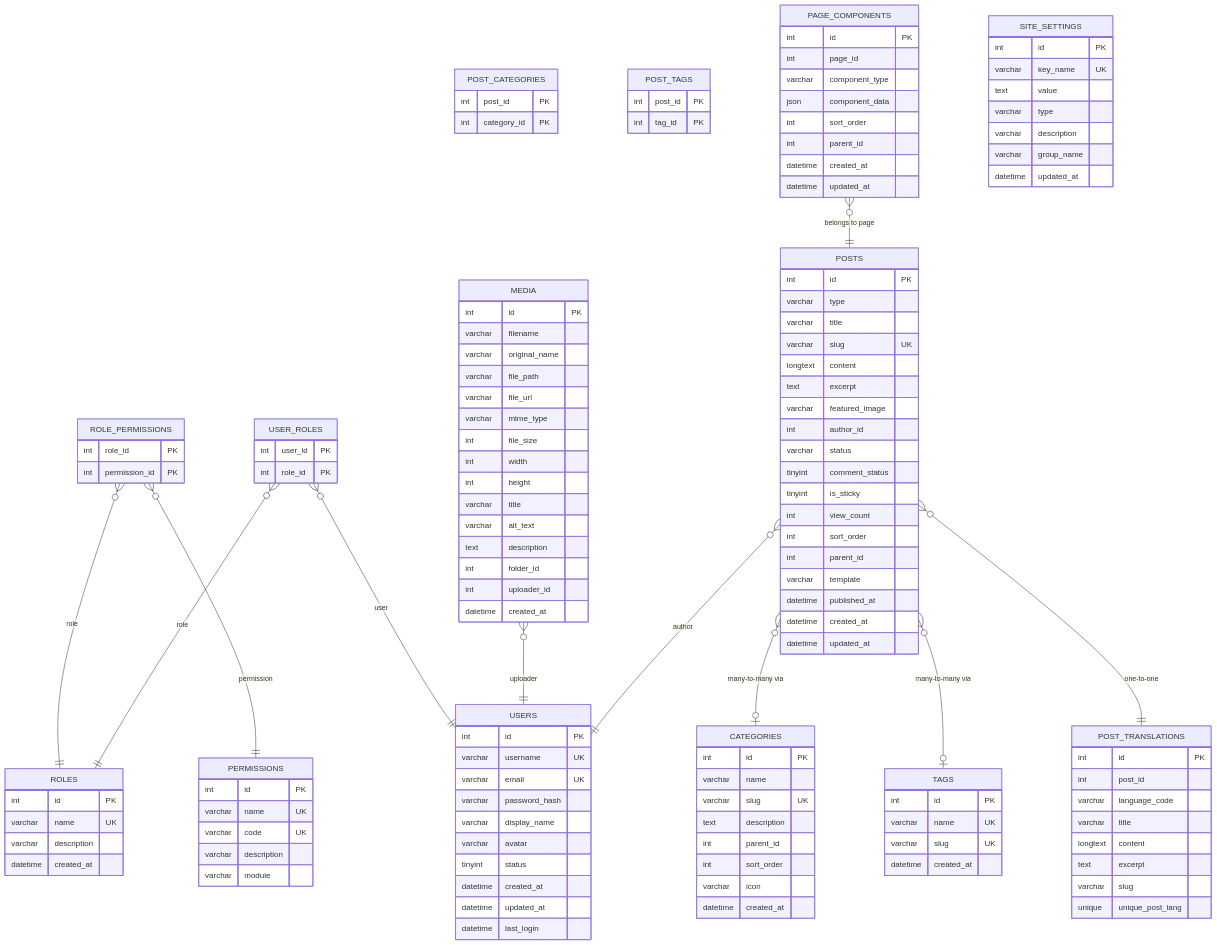
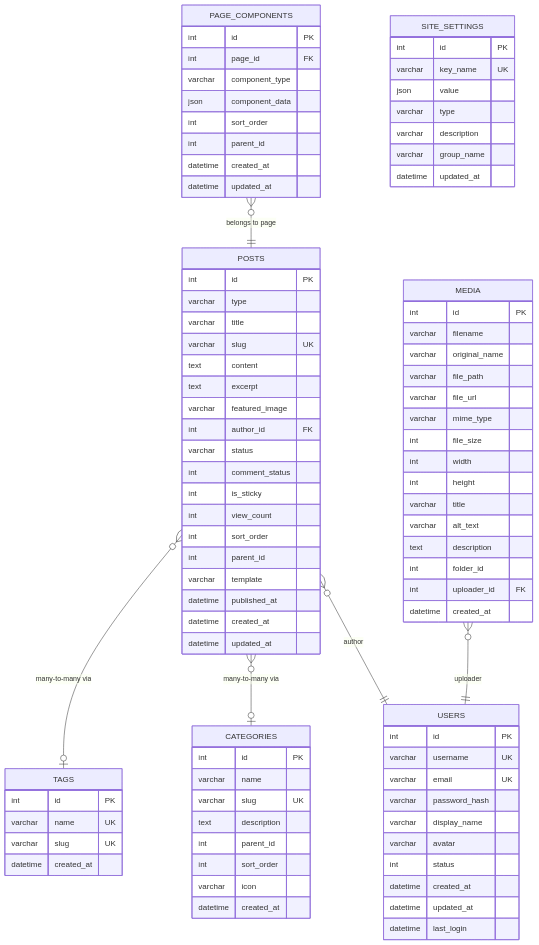
Before and after one commit to wyg5208/website_diy: the second of 6 diagrams in .qoder/repowiki/zh/content/数据库设计.md, drawn with Mermaid. The commit also changed other lines of this file and 43 other files, not shown here.

````diff
--- a/.qoder/repowiki/zh/content/数据库设计.md
+++ b/.qoder/repowiki/zh/content/数据库设计.md
@@ -74,44 +94,23 @@
 varchar password_hash
 varchar display_name
 varchar avatar
-tinyint status
+int status
 datetime created_at
 datetime updated_at
 datetime last_login
-}
-ROLES {
-int id PK
-varchar name UK
-varchar description
-datetime created_at
-}
-PERMISSIONS {
-int id PK
-varchar name UK
-varchar code UK
-varchar description
-varchar module
-}
-USER_ROLES {
-int user_id PK
-int role_id PK
-}
-ROLE_PERMISSIONS {
-int role_id PK
-int permission_id PK
 }
 POSTS {
 int id PK
 varchar type
 varchar title
 varchar slug UK
-longtext content
+text content
 text excerpt
 varchar featured_image
-int author_id
+int author_id FK
 varchar status
-tinyint comment_status
-tinyint is_sticky
+int comment_status
+int is_sticky
 int view_count
 int sort_order
 int parent_id
@@ -136,24 +135,6 @@
 varchar slug UK
 datetime created_at
 }
-POST_CATEGORIES {
-int post_id PK
-int category_id PK
-}
-POST_TAGS {
-int post_id PK
-int tag_id PK
-}
-POST_TRANSLATIONS {
-int id PK
-int post_id
-varchar language_code
-varchar title
-longtext content
-text excerpt
-varchar slug
-unique unique_post_lang
-}
 MEDIA {
 int id PK
 varchar filename
@@ -168,12 +149,12 @@
 varchar alt_text
 text description
 int folder_id
-int uploader_id
+int uploader_id FK
 datetime created_at
 }
 PAGE_COMPONENTS {
 int id PK
-int page_id
+int page_id FK
 varchar component_type
 json component_data
 int sort_order
@@ -184,7 +165,7 @@
 SITE_SETTINGS {
 int id PK
 varchar key_name UK
-text value
+json value
 varchar type
 varchar description
 varchar group_name
@@ -193,11 +174,6 @@
 POSTS }o--|| USERS : "author"
 POSTS }o--o| CATEGORIES : "many-to-many via"
 POSTS }o--o| TAGS : "many-to-many via"
-POSTS }o--|| POST_TRANSLATIONS : "one-to-one"
 MEDIA }o--|| USERS : "uploader"
 PAGE_COMPONENTS }o--|| POSTS : "belongs to page"
-USER_ROLES }o--|| USERS : "user"
-USER_ROLES }o--|| ROLES : "role"
-ROLE_PERMISSIONS }o--|| ROLES : "role"
-ROLE_PERMISSIONS }o--|| PERMISSIONS : "permission"
 ```
````
